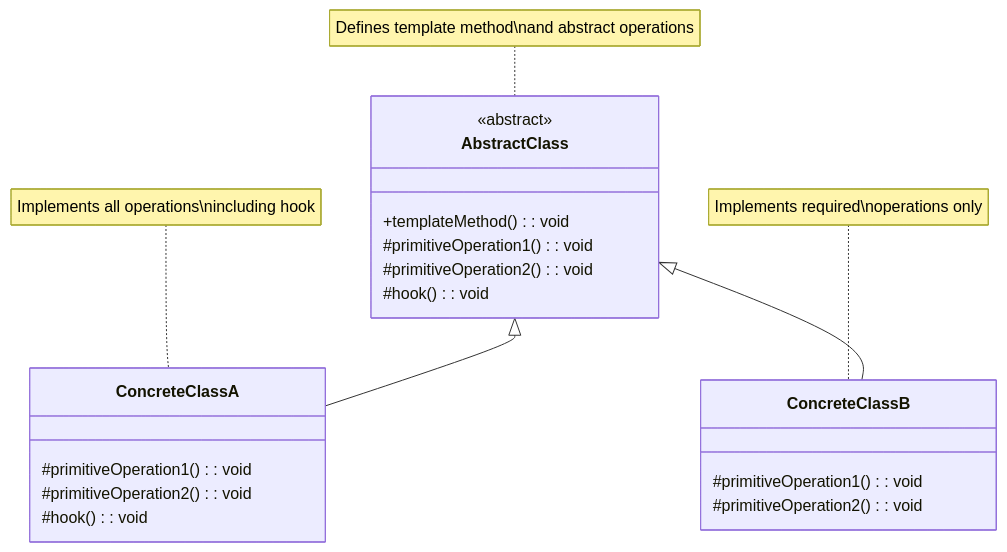
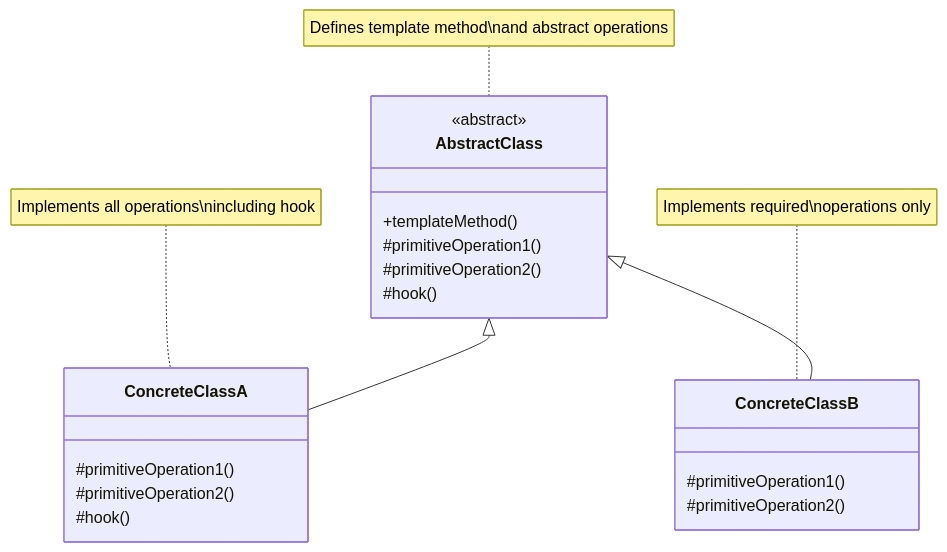
One commit to fanly/DesignPattern changed the first of 3 diagrams in resources/design-patterns/laravel/behavioral/template_method_en.md. Above: the diagram before and after it, drawn with Mermaid. The commit also changed other lines of this file and 103 other files, not shown here.

````diff
--- a/resources/design-patterns/laravel/behavioral/template_method_en.md
+++ b/resources/design-patterns/laravel/behavioral/template_method_en.md
@@ -10,28 +10,28 @@
 ```mermaid
 classDiagram
     class AbstractClass {
         <<abstract>>
-        +templateMethod(): void
-        #primitiveOperation1(): void
-        #primitiveOperation2(): void
-        #hook(): void
+        +templateMethod()
+        #primitiveOperation1()
+        #primitiveOperation2()
+        #hook()
     }
     
     class ConcreteClassA {
-        #primitiveOperation1(): void
-        #primitiveOperation2(): void
-        #hook(): void
+        #primitiveOperation1()
+        #primitiveOperation2()
+        #hook()
     }
     
     class ConcreteClassB {
-        #primitiveOperation1(): void
-        #primitiveOperation2(): void
+        #primitiveOperation1()
+        #primitiveOperation2()
     }
     
     AbstractClass <|-- ConcreteClassA
     AbstractClass <|-- ConcreteClassB
     
     note for AbstractClass "Defines template method\nand abstract operations"
     note for ConcreteClassA "Implements all operations\nincluding hook"
     note for ConcreteClassB "Implements required\noperations only"
 ```
````
